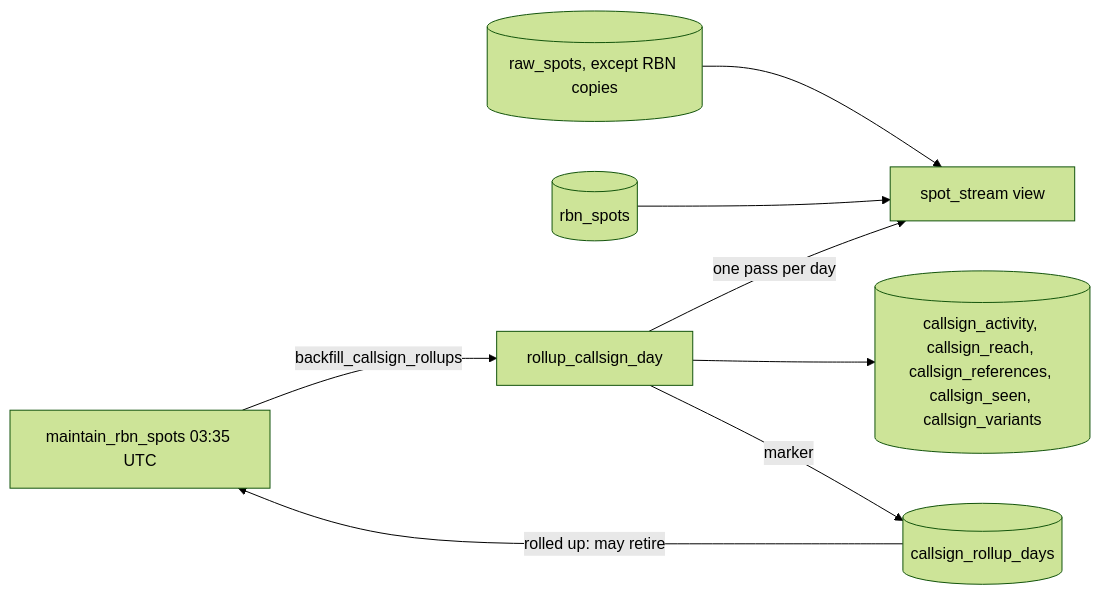
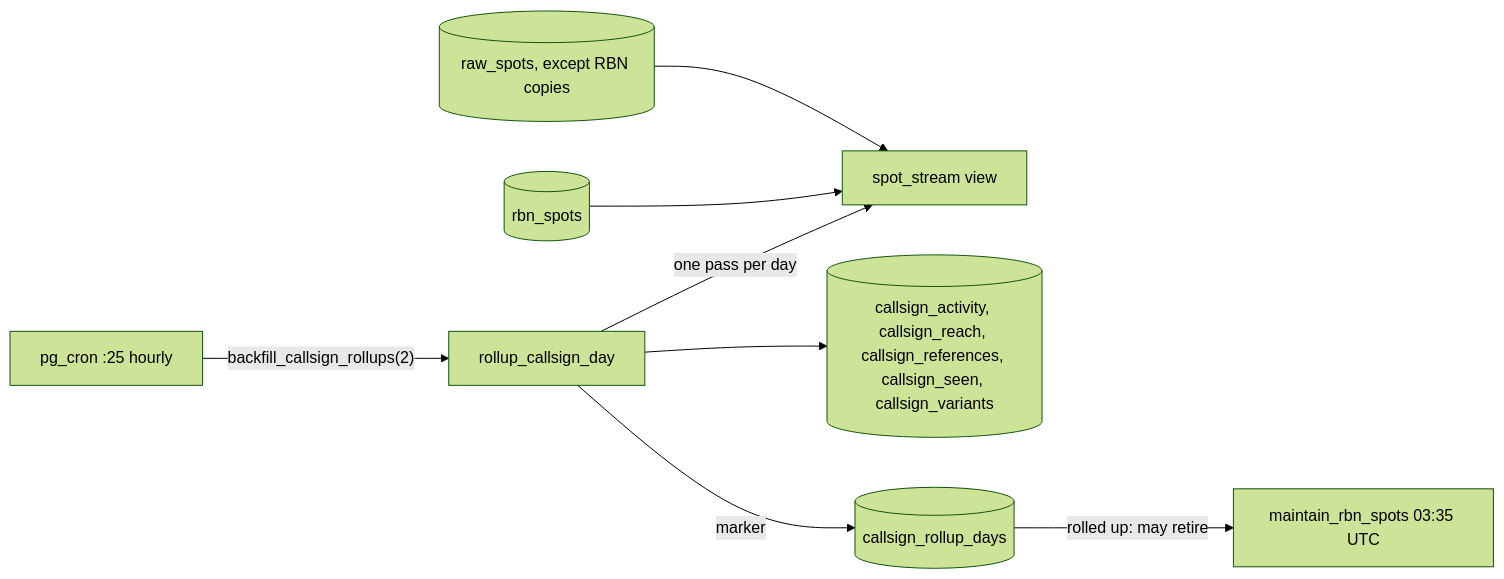
The eighth of 8 diagrams in docs/ARCHITECTURE.md (johnsonm/longlines), drawn with Mermaid (forest theme) before and after one commit. The commit also changed other lines of this file and 9 other files, not shown here.

First line of the commit message:
Address review: hourly rollup job, refuse partial days, isolate compaction

````diff
--- a/docs/ARCHITECTURE.md
+++ b/docs/ARCHITECTURE.md
@@ -515,10 +515,10 @@
 ```mermaid
 flowchart LR
   R[(raw_spots, except RBN copies)] --> V[spot_stream view]
   B[(rbn_spots)] --> V
-  M[maintain_rbn_spots 03:35 UTC] -- "backfill_callsign_rollups" --> D[rollup_callsign_day]
+  C[pg_cron :25 hourly] -- "backfill_callsign_rollups(2)" --> D[rollup_callsign_day]
   D -- "one pass per day" --> V
   D --> T[(callsign_activity, callsign_reach, callsign_references, callsign_seen, callsign_variants)]
   D -- marker --> K[(callsign_rollup_days)]
-  K -- "rolled up: may retire" --> M
+  K -- "rolled up: may retire" --> M[maintain_rbn_spots 03:35 UTC]
 ```
````
